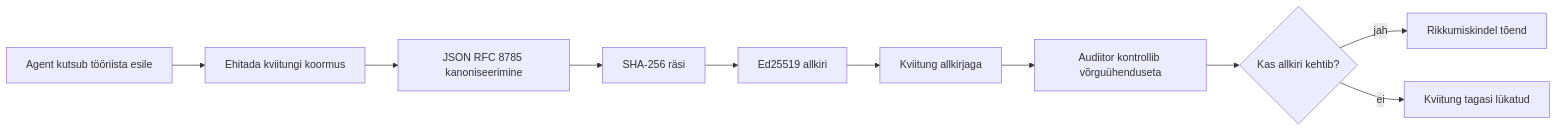
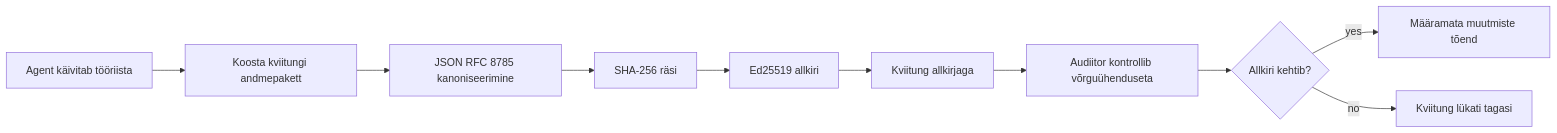
Before and after one commit to microsoft/ai-agents-for-beginners: the first of 2 diagrams in translations/et/18-securing-ai-agents/README.md, drawn with Mermaid. The commit also changed other lines of this file and 219 other files, not shown here.

````diff
--- a/translations/et/18-securing-ai-agents/README.md
+++ b/translations/et/18-securing-ai-agents/README.md
@@ -51,12 +51,12 @@
 ```mermaid
 flowchart LR
-    A[Agent kutsub tööriista esile] --> B[Ehitada kviitungi koormus]
+    A[Agent käivitab tööriista] --> B[Koosta kviitungi andmepakett]
     B --> C[JSON RFC 8785 kanoniseerimine]
     C --> D[SHA-256 räsi]
     D --> E[Ed25519 allkiri]
     E --> F[Kviitung allkirjaga]
     F --> G[Audiitor kontrollib võrguühenduseta]
-    G --> H{Kas allkiri kehtib?}
-    H -- jah --> I[Rikkumiskindel tõend]
-    H -- ei --> J[Kviitung tagasi lükatud]
+    G --> H{Allkiri kehtib?}
+    H -- yes --> I[Määramata muutmiste tõend]
+    H -- no --> J[Kviitung lükati tagasi]
 ```
````
